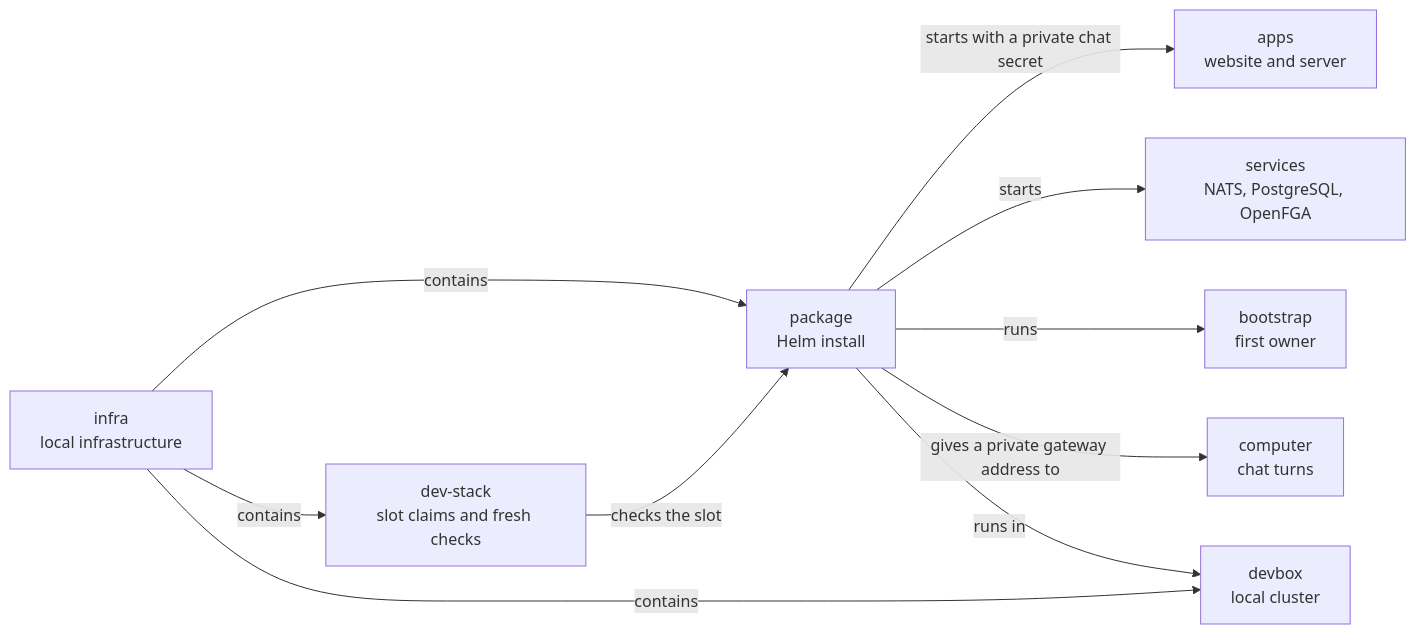
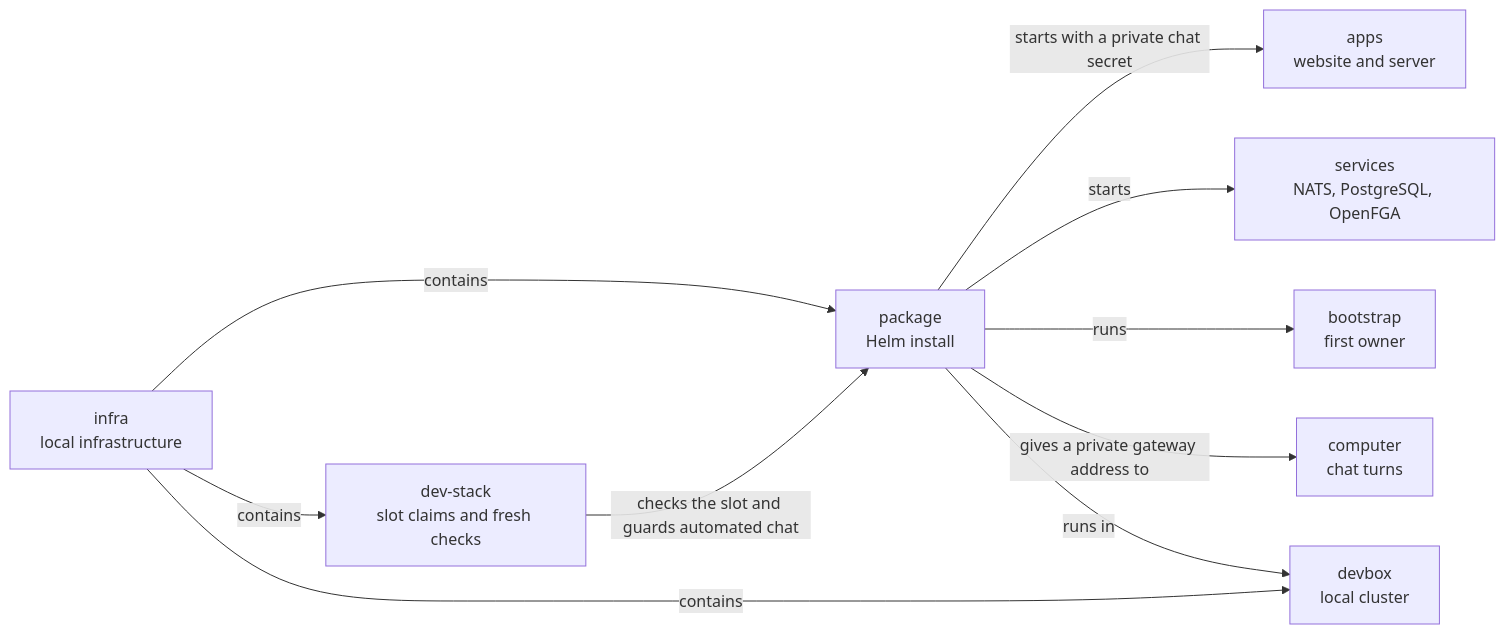
One commit to elewa-git/opencrane-new changed the diagram in infra/package/README.md. Above: the diagram before and after it, drawn with Mermaid. The commit also changed other lines of this file and 5 other files, not shown here.

````diff
--- a/infra/package/README.md
+++ b/infra/package/README.md
@@ -18,12 +18,12 @@
 ```mermaid
 flowchart LR
   infra["infra<br/>local infrastructure"] -->|contains| package["package<br/>Helm install"]
   infra -->|contains| stack["dev-stack<br/>slot claims and fresh checks"]
   infra -->|contains| devbox["devbox<br/>local cluster"]
-  stack -->|checks the slot| package
+  stack -->|checks the slot and guards automated chat| package
   package -->|starts with a private chat secret| apps["apps<br/>website and server"]
   package -->|starts| services["services<br/>NATS, PostgreSQL, OpenFGA"]
   package -->|runs| bootstrap["bootstrap<br/>first owner"]
   package -->|gives a private gateway address to| computer["computer<br/>chat turns"]
   package -->|runs in| devbox
 ```
````
